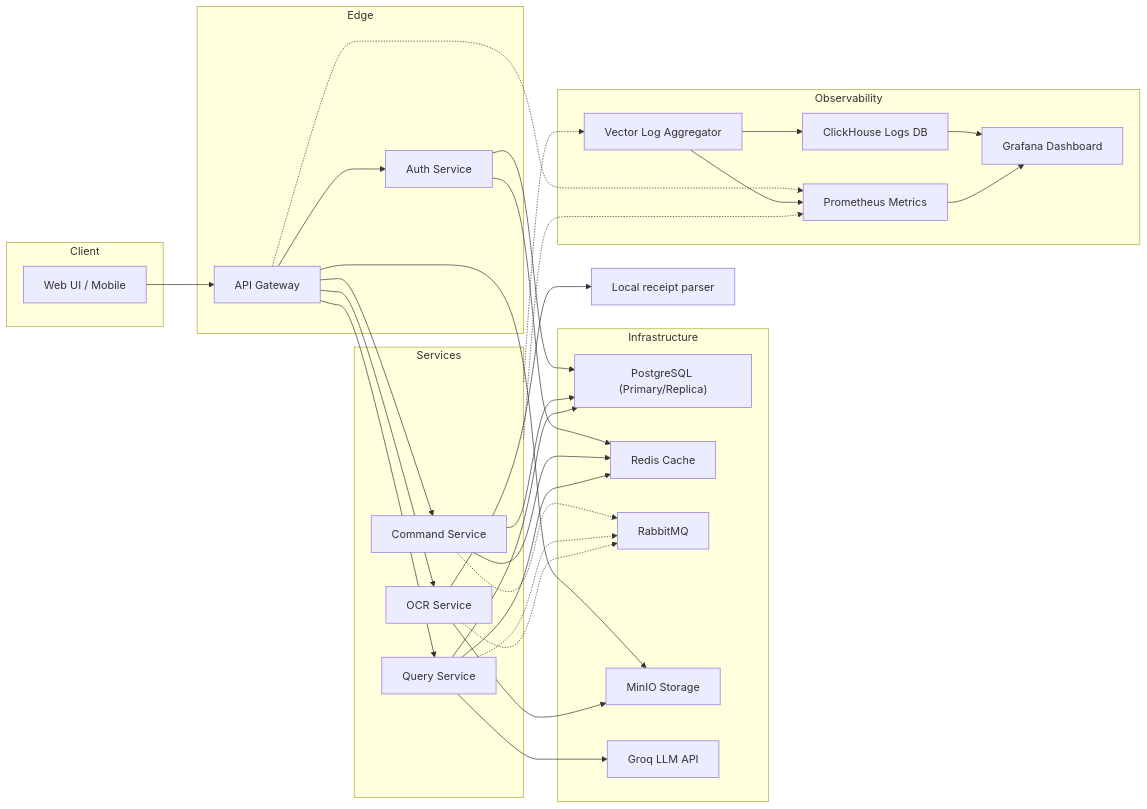
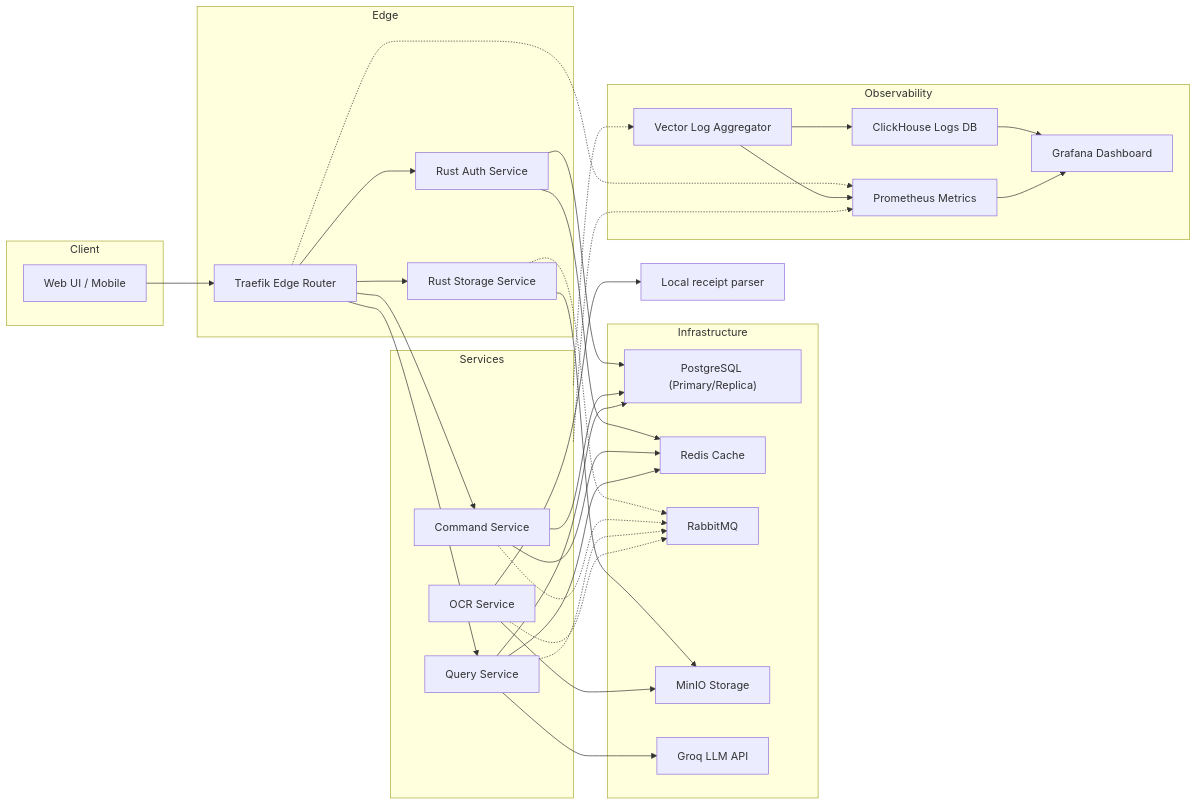
The diagram in README.md (verginjose/Personal-Finance-Assistant), drawn with Mermaid before and after one commit. The commit also changed other lines of this file and 89 other files, not shown here.

Commit message:
Replace Spring auth and gateway with Rust services and Traefik

````diff
--- a/README.md
+++ b/README.md
@@ -26,53 +26,55 @@
 ```mermaid
 flowchart LR
     subgraph Client
         UI[Web UI / Mobile]
     end
     subgraph Edge
-        GW[API Gateway]
-        Auth[Auth Service]
+        GW[Traefik Edge Router]
+        Auth[Rust Auth Service]
+        Storage[Rust Storage Service]
     end
     subgraph Services
         Command[Command Service]
         Query[Query Service]
         OCR[OCR Service]
     end
     subgraph Infrastructure
         PG["PostgreSQL (Primary/Replica)"]
         Redis[Redis Cache]
         RMQ[RabbitMQ]
         MinIO[MinIO Storage]
         Groq[Groq LLM API]
     end
     subgraph Observability
         Vector[Vector Log Aggregator]
         CH[ClickHouse Logs DB]
         Grafana[Grafana Dashboard]
         Prometheus[Prometheus Metrics]
     end
     UI --> GW
     GW --> Auth
     GW --> Command
     GW --> Query
-    GW --> OCR
-    GW --> MinIO
+    GW --> Storage
+    Storage --> MinIO
+    Storage -.-> RMQ
     Auth --> PG
     Command --> PG
     Query --> PG
     Auth --> Redis
     Command --> Redis
     Query --> Redis
     Command -.-> RMQ
     Query -.-> RMQ
     OCR -.-> RMQ
     OCR --> MinIO
     Query --> Groq
     OCR --> LocalParser[Local receipt parser]
     Services -.-> Vector
     Services -.-> Prometheus
     GW -.-> Prometheus
     Vector --> CH
     Vector --> Prometheus
     CH --> Grafana
     Prometheus --> Grafana
 ```
````
